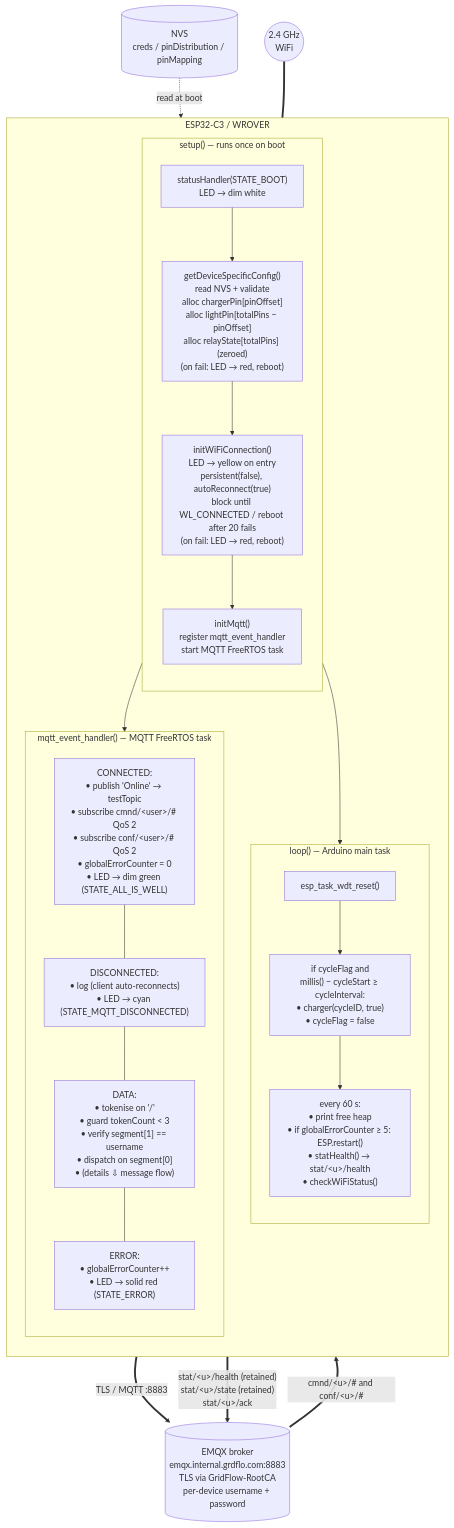
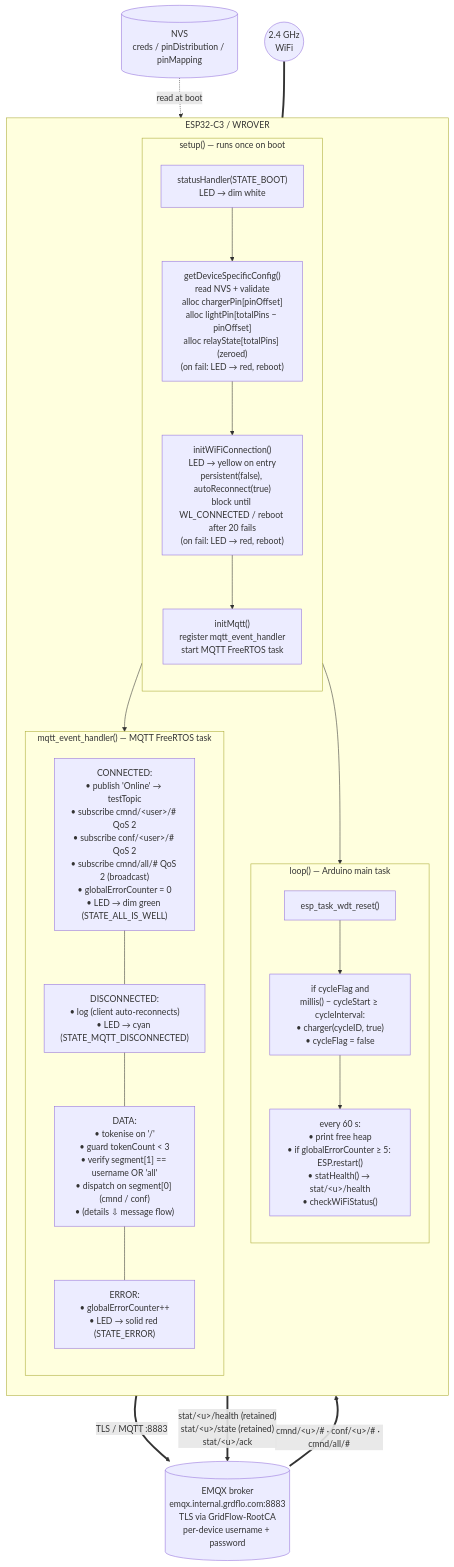
One commit to pnv28/grdflo-microcontroller changed the first of 2 diagrams in DOCUMENTATION.md. Above: the diagram before and after it, drawn with Mermaid. The commit also changed other lines of this file and 4 other files, not shown here.

Commit message:
added "all" support in topic

````diff
--- a/DOCUMENTATION.md
+++ b/DOCUMENTATION.md
@@ -964,45 +973,45 @@
 ```mermaid
 flowchart TB
     NVS[("NVS<br/>creds / pinDistribution / pinMapping")]
     WiFiNet(("2.4 GHz<br/>WiFi"))
     Broker[("EMQX broker<br/>emqx.internal.grdflo.com:8883<br/>TLS via GridFlow-RootCA<br/>per-device username + password")]
 
     subgraph Device["ESP32-C3 / WROVER"]
         direction TB
 
         subgraph SetupCtx["setup() — runs once on boot"]
             direction TB
             ledBoot["statusHandler(STATE_BOOT)<br/>LED → dim white"]
             cfg["getDeviceSpecificConfig()<br/>read NVS + validate<br/>alloc chargerPin[pinOffset]<br/>alloc lightPin[totalPins − pinOffset]<br/>alloc relayState[totalPins] (zeroed)<br/>(on fail: LED → red, reboot)"]
             wifi["initWiFiConnection()<br/>LED → yellow on entry<br/>persistent(false), autoReconnect(true)<br/>block until WL_CONNECTED / reboot after 20 fails<br/>(on fail: LED → red, reboot)"]
             mqttI["initMqtt()<br/>register mqtt_event_handler<br/>start MQTT FreeRTOS task"]
             ledBoot --> cfg --> wifi --> mqttI
         end
 
         subgraph LoopCtx["loop() — Arduino main task"]
             direction TB
             wdt["esp_task_wdt_reset()"]
             cycW["if cycleFlag and<br/>millis() − cycleStart ≥ cycleInterval:<br/>• charger(cycleID, true)<br/>• cycleFlag = false"]
             tick["every 60 s:<br/>• print free heap<br/>• if globalErrorCounter ≥ 5: ESP.restart()<br/>• statHealth() → stat/&lt;u&gt;/health<br/>• checkWiFiStatus()"]
             wdt --> cycW --> tick
         end
 
         subgraph EvtCtx["mqtt_event_handler() — MQTT FreeRTOS task"]
             direction TB
-            conn["CONNECTED:<br/>• publish 'Online' → testTopic<br/>• subscribe cmnd/&lt;user&gt;/# QoS 2<br/>• subscribe conf/&lt;user&gt;/# QoS 2<br/>• globalErrorCounter = 0<br/>• LED → dim green (STATE_ALL_IS_WELL)"]
+            conn["CONNECTED:<br/>• publish 'Online' → testTopic<br/>• subscribe cmnd/&lt;user&gt;/# QoS 2<br/>• subscribe conf/&lt;user&gt;/# QoS 2<br/>• subscribe cmnd/all/# QoS 2 (broadcast)<br/>• globalErrorCounter = 0<br/>• LED → dim green (STATE_ALL_IS_WELL)"]
             disc["DISCONNECTED:<br/>• log (client auto-reconnects)<br/>• LED → cyan (STATE_MQTT_DISCONNECTED)"]
-            data["DATA:<br/>• tokenise on '/'<br/>• guard tokenCount &lt; 3<br/>• verify segment[1] == username<br/>• dispatch on segment[0]<br/>• (details ⇩ message flow)"]
+            data["DATA:<br/>• tokenise on '/'<br/>• guard tokenCount &lt; 3<br/>• verify segment[1] == username OR 'all'<br/>• dispatch on segment[0] (cmnd / conf)<br/>• (details ⇩ message flow)"]
             err["ERROR:<br/>• globalErrorCounter++<br/>• LED → solid red (STATE_ERROR)"]
             conn --- disc --- data --- err
         end
 
         SetupCtx --> LoopCtx
         SetupCtx --> EvtCtx
     end
 
     NVS -. read at boot .-> cfg
     WiFiNet === wifi
     mqttI ==>|"TLS / MQTT :8883"| Broker
-    Broker ==>|"cmnd/&lt;u&gt;/# and conf/&lt;u&gt;/#"| data
+    Broker ==>|"cmnd/&lt;u&gt;/# · conf/&lt;u&gt;/# · cmnd/all/#"| data
     EvtCtx ==>|"stat/&lt;u&gt;/health (retained)<br/>stat/&lt;u&gt;/state (retained)<br/>stat/&lt;u&gt;/ack"| Broker
 ```
````
